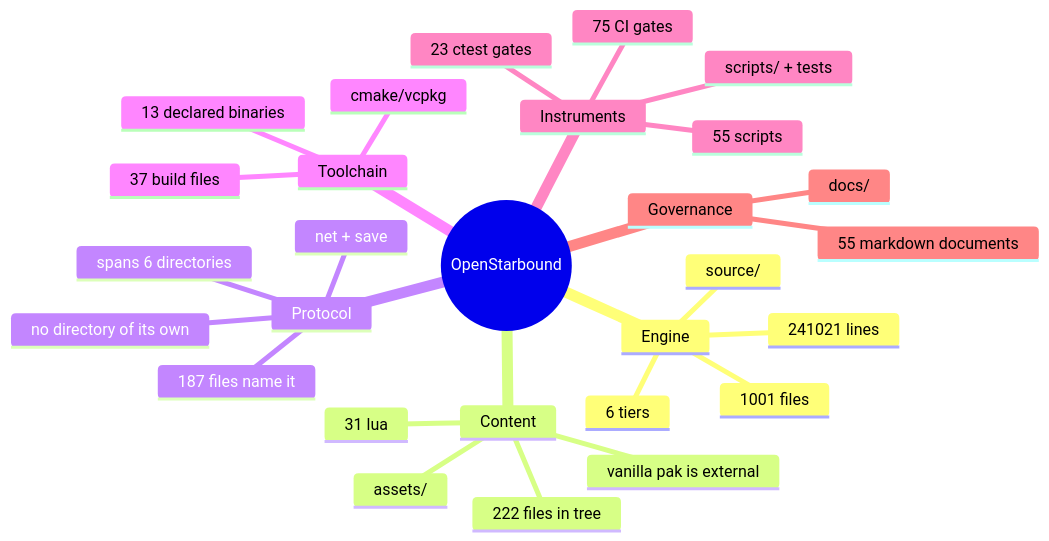
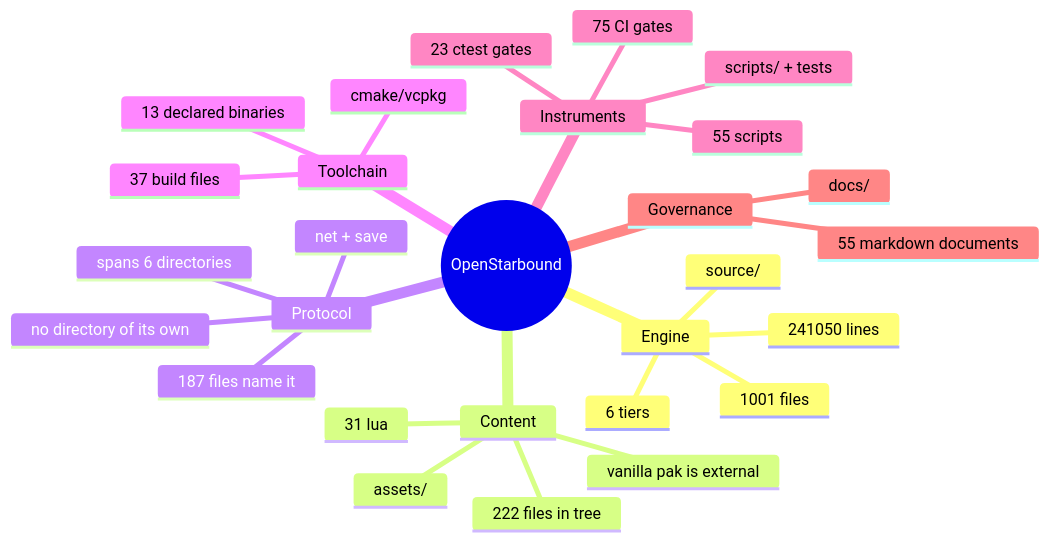
One commit to apnex/OpenStarbound changed the second of 11 diagrams in docs/architecture/system-boundaries.md. Above: the diagram before and after it, drawn with Mermaid. The commit also changed other lines of this file and 5 other files, not shown here.

````diff
--- a/docs/architecture/system-boundaries.md
+++ b/docs/architecture/system-boundaries.md
@@ -166,31 +166,31 @@
 ```mermaid
 mindmap
   root((OpenStarbound))
     Engine
       source/
       1001 files
-      241021 lines
+      241050 lines
       6 tiers
     Content
       assets/
       222 files in tree
       31 lua
       vanilla pak is external
     Protocol
       net + save
       187 files name it
       spans 6 directories
       no directory of its own
     Toolchain
       cmake/vcpkg
       37 build files
       13 declared binaries
     Instruments
       scripts/ + tests
       55 scripts
       23 ctest gates
       75 CI gates
     Governance
       docs/
       55 markdown documents
 ```
````
